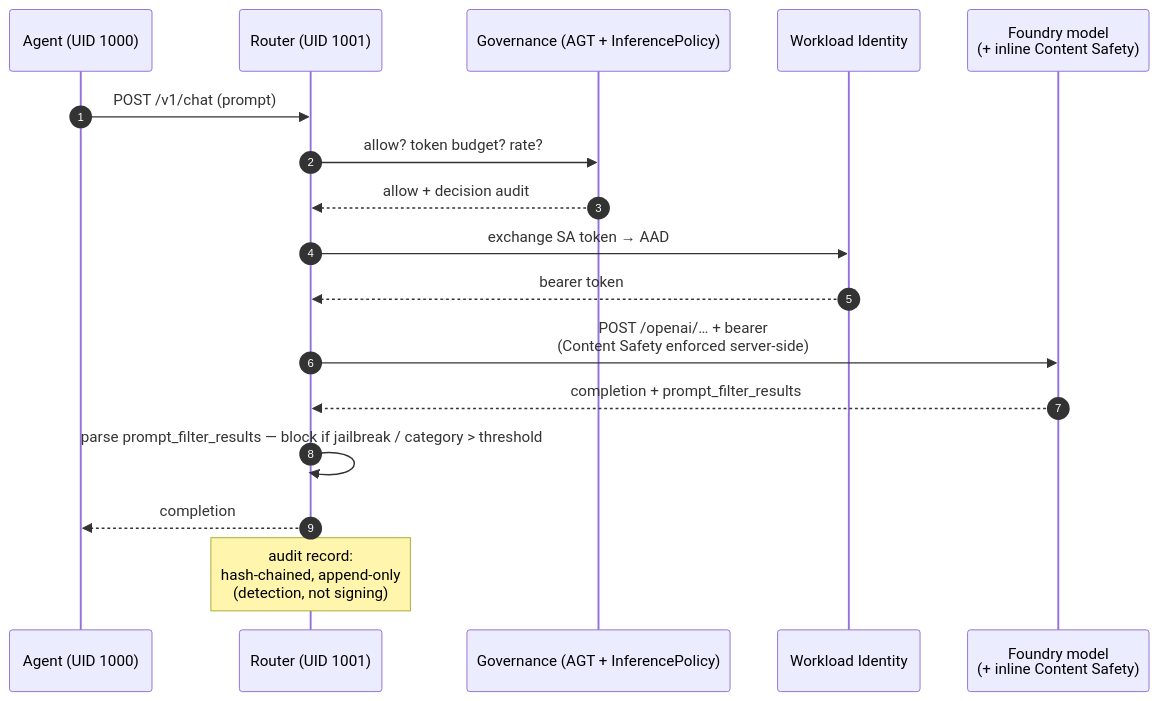
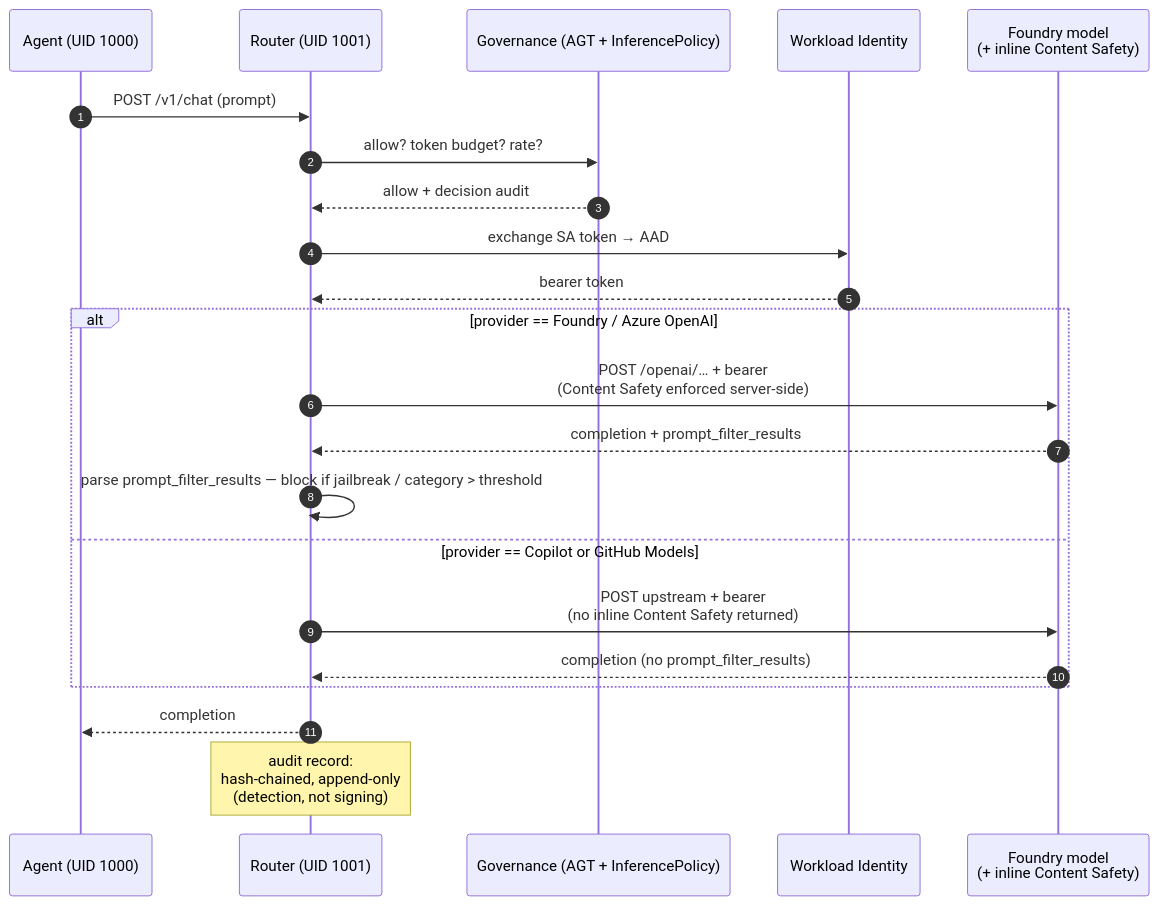
The third of 9 diagrams in docs/architecture-diagrams.md (lachie83/kars), drawn with Mermaid before and after one commit. The commit also changed 4 other files, not shown here.

````diff
--- a/docs/architecture-diagrams.md
+++ b/docs/architecture-diagrams.md
@@ -82,20 +82,25 @@
 ```mermaid
 sequenceDiagram
   autonumber
   participant Agent as Agent (UID 1000)
   participant Router as Router (UID 1001)
   participant Gov as Governance (AGT + InferencePolicy)
   participant WI as Workload Identity
   participant Foundry as Foundry model<br/>(+ inline Content Safety)
 
   Agent->>Router: POST /v1/chat (prompt)
   Router->>Gov: allow? token budget? rate?
   Gov-->>Router: allow + decision audit
   Router->>WI: exchange SA token → AAD
   WI-->>Router: bearer token
-  Router->>Foundry: POST /openai/… + bearer<br/>(Content Safety enforced server-side)
-  Foundry-->>Router: completion + prompt_filter_results
-  Router->>Router: parse prompt_filter_results — block if jailbreak / category > threshold
+  alt provider == Foundry / Azure OpenAI
+    Router->>Foundry: POST /openai/… + bearer<br/>(Content Safety enforced server-side)
+    Foundry-->>Router: completion + prompt_filter_results
+    Router->>Router: parse prompt_filter_results — block if jailbreak / category > threshold
+  else provider == Copilot or GitHub Models
+    Router->>Foundry: POST upstream + bearer<br/>(no inline Content Safety returned)
+    Foundry-->>Router: completion (no prompt_filter_results)
+  end
   Router-->>Agent: completion
   Note over Router: audit record:<br/>hash-chained, append-only<br/>(detection, not signing)
 ```
````
